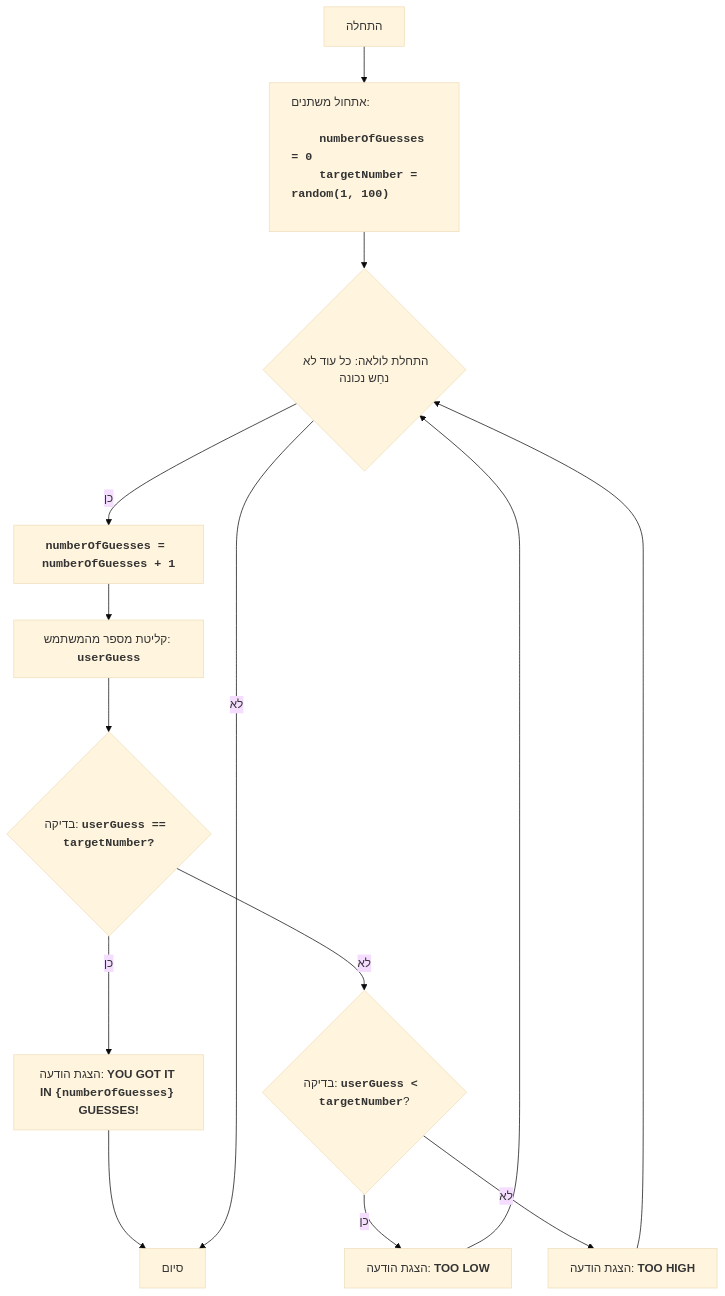
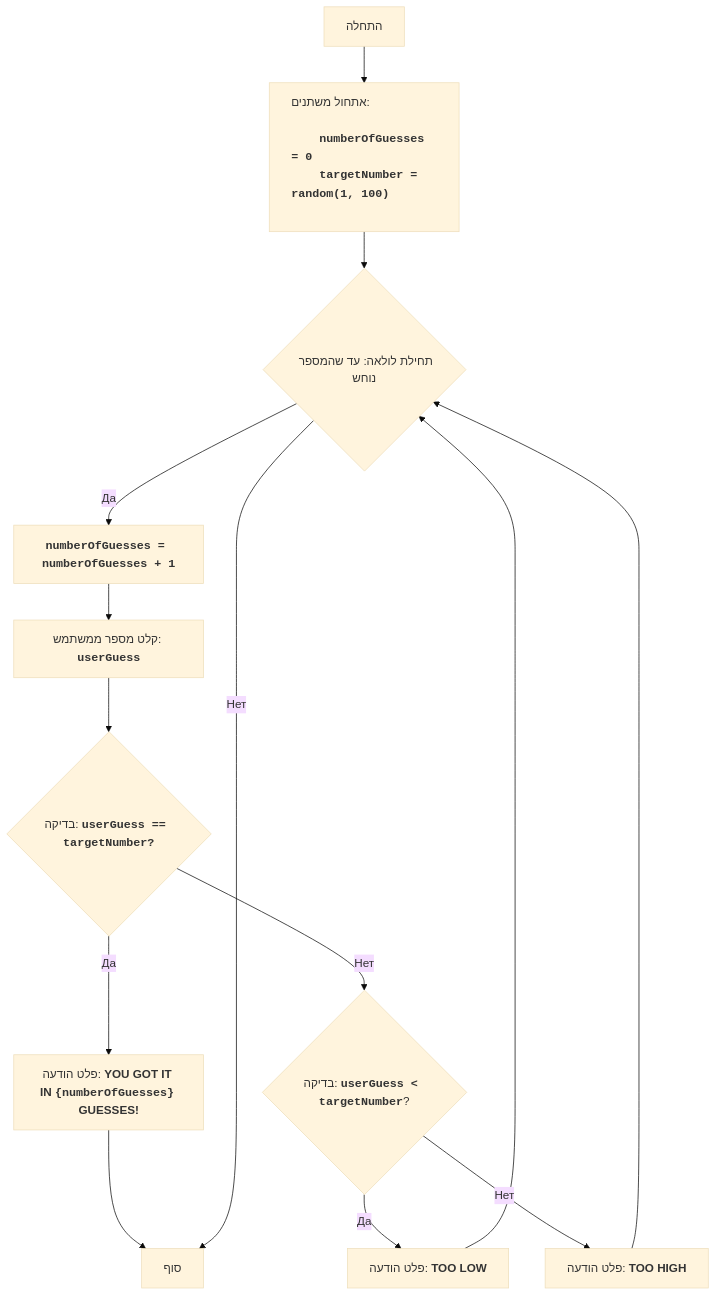
Before and after one commit to hypo69/1001-python-he: the diagram in code/UNSORTED/GUESS/README.MD, drawn with Mermaid (base theme). The commit also changed other lines of this file and 869 other files, not shown here.

````diff
--- a/code/UNSORTED/GUESS/README.MD
+++ b/code/UNSORTED/GUESS/README.MD
@@ -26,21 +26,21 @@
 ```mermaid
 flowchart TD
     Start["התחלה"] --> InitializeVariables["<p align='left'>אתחול משתנים:
     <code><b>
     numberOfGuesses = 0
     targetNumber = random(1, 100)
     </b></code></p>"]
-    InitializeVariables --> LoopStart{"התחלת לולאה: כל עוד לא נחַש נכונה"}
-    LoopStart -- כן --> IncreaseGuesses["<code><b>numberOfGuesses = numberOfGuesses + 1</b></code>"]
-    IncreaseGuesses --> InputGuess["קליטת מספר מהמשתמש: <code><b>userGuess</b></code>"]
+    InitializeVariables --> LoopStart{"תחילת לולאה: עד שהמספר נוחש"}
+    LoopStart -- Да --> IncreaseGuesses["<code><b>numberOfGuesses = numberOfGuesses + 1</b></code>"]
+    IncreaseGuesses --> InputGuess["קלט מספר ממשתמש: <code><b>userGuess</b></code>"]
     InputGuess --> CheckGuess{"בדיקה: <code><b>userGuess == targetNumber?</b></code>"}
-    CheckGuess -- כן --> OutputWin["הצגת הודעה: <b>YOU GOT IT IN <code>{numberOfGuesses}</code> GUESSES!</b>"]
-    OutputWin --> End["סיום"]
-    CheckGuess -- לא --> CheckLow{"בדיקה: <code><b>userGuess &lt; targetNumber</b></code>?"}
-    CheckLow -- כן --> OutputLow["הצגת הודעה: <b>TOO LOW</b>"]
+    CheckGuess -- Да --> OutputWin["פלט הודעה: <b>YOU GOT IT IN <code>{numberOfGuesses}</code> GUESSES!</b>"]
+    OutputWin --> End["סוף"]
+    CheckGuess -- Нет --> CheckLow{"בדיקה: <code><b>userGuess &lt; targetNumber</b></code>?"}
+    CheckLow -- Да --> OutputLow["פלט הודעה: <b>TOO LOW</b>"]
     OutputLow --> LoopStart
-    CheckLow -- לא --> OutputHigh["הצגת הודעה: <b>TOO HIGH</b>"]
+    CheckLow -- Нет --> OutputHigh["פלט הודעה: <b>TOO HIGH</b>"]
     OutputHigh --> LoopStart
-    LoopStart -- לא --> End
+    LoopStart -- Нет --> End
 
 ```
````
